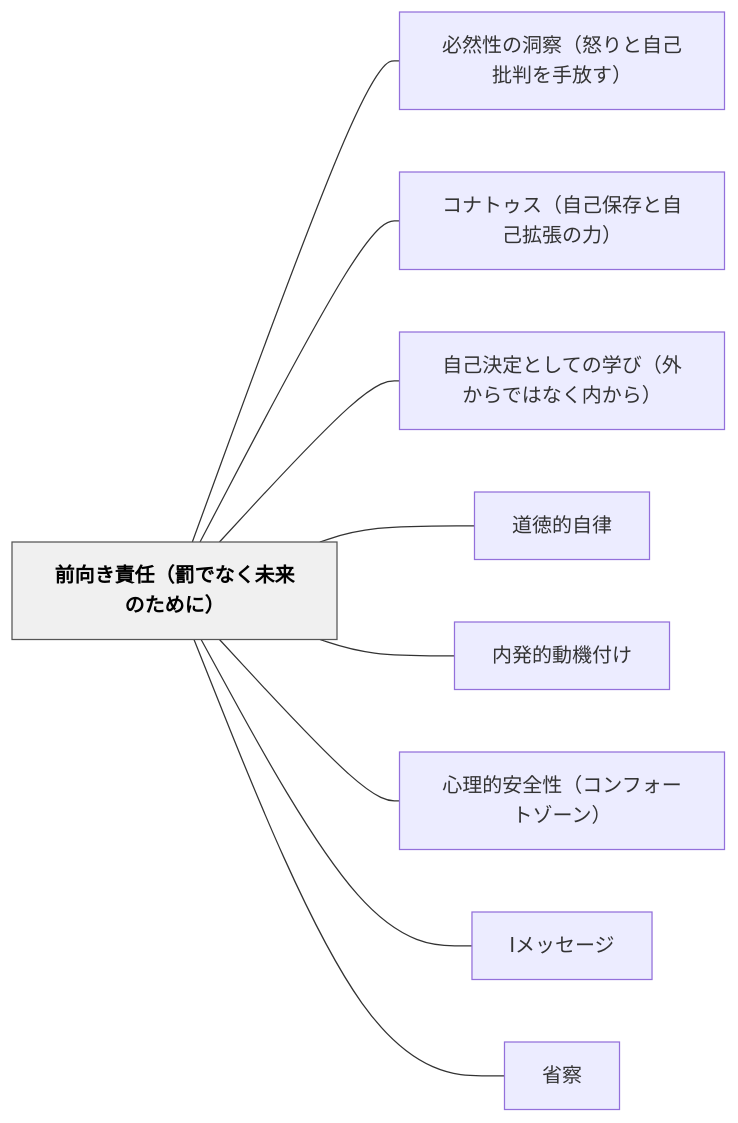
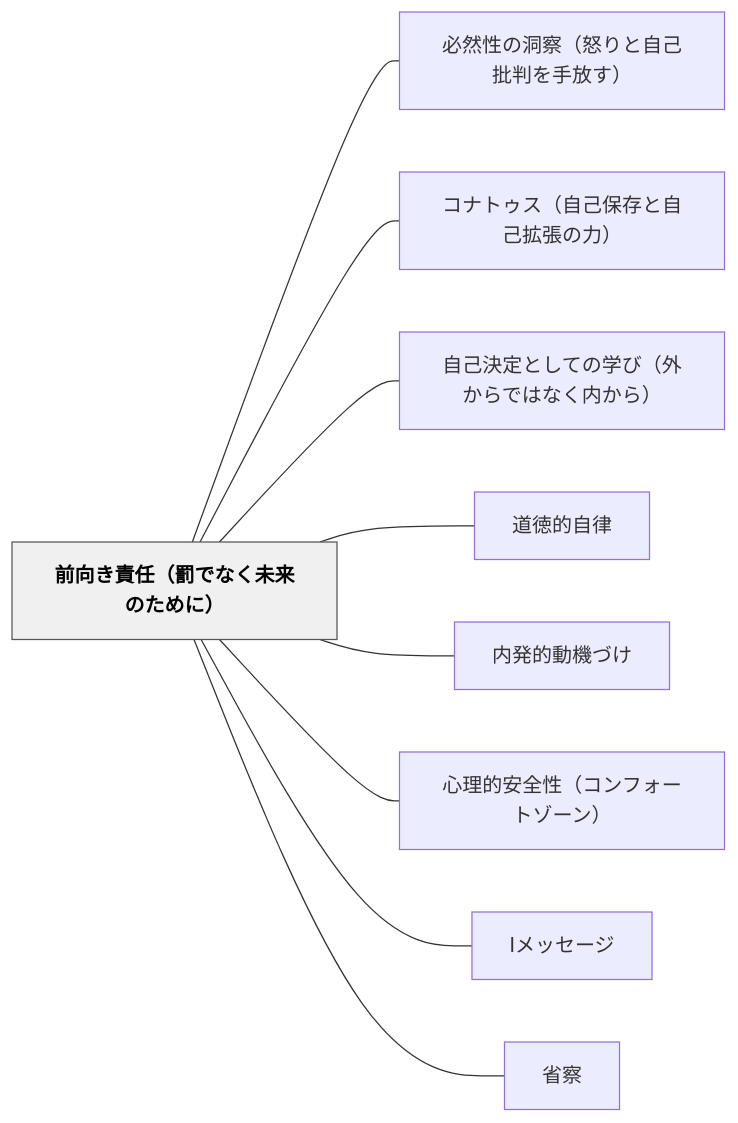
One commit to unknownthings-ed-patterns/unknownthings-ed-patterns changed the diagram in content/パタン/前向き責任（罰でなく未来のために）.md. Above: the diagram before and after it, drawn with Mermaid. The commit also changed other lines of this file and 234 other files, not shown here.

````diff
--- a/content/パタン/前向き責任（罰でなく未来のために）.md
+++ b/content/パタン/前向き責任（罰でなく未来のために）.md
@@ -143,24 +143,24 @@
 ```mermaid
 flowchart LR
     ne5898de59091e3818de8b2ace4bbbbefbc88e7bdb0e381a7e381aae3818fe69caae69da5e381aee3819fe38281e381abefbc89["前向き責任（罰でなく未来のために）"]
     ne5bf85e784b6e680a7e381aee6b49ee5af9fefbc88e68092e3828ae381a8e887aae5b7b1e689b9e588a4e38292e6898be694bee38199efbc89["必然性の洞察（怒りと自己批判を手放す）"]
     ne382b3e3838ae38388e382a5e382b9efbc88e887aae5b7b1e4bf9de5ad98e381a8e887aae5b7b1e68ba1e5bcb5e381aee58a9befbc89["コナトゥス（自己保存と自己拡張の力）"]
     ne887aae5b7b1e6b1bae5ae9ae381a8e38197e381a6e381aee5ada6e381b3efbc88e5a496e3818be38289e381a7e381afe381aae3818fe58685e3818be38289efbc89["自己決定としての学び（外からではなく内から）"]
     ne98193e5beb3e79a84e887aae5be8b["道徳的自律"]
-    ne58685e799bae79a84e58b95e6a99fe4bb98e38191["内発的動機付け"]
+    ne58685e799bae79a84e58b95e6a99fe381a5e38191["内発的動機づけ"]
     ne5bf83e79086e79a84e5ae89e585a8e680a7efbc88e382b3e383b3e38395e382a9e383bce38388e382bee383bce383b3efbc89["心理的安全性（コンフォートゾーン）"]
     n49e383a1e38383e382bbe383bce382b8["Iメッセージ"]
     ne79c81e5af9f["省察"]
 
     ne5898de59091e3818de8b2ace4bbbbefbc88e7bdb0e381a7e381aae3818fe69caae69da5e381aee3819fe38281e381abefbc89 --- ne5bf85e784b6e680a7e381aee6b49ee5af9fefbc88e68092e3828ae381a8e887aae5b7b1e689b9e588a4e38292e6898be694bee38199efbc89
     ne5898de59091e3818de8b2ace4bbbbefbc88e7bdb0e381a7e381aae3818fe69caae69da5e381aee3819fe38281e381abefbc89 --- ne382b3e3838ae38388e382a5e382b9efbc88e887aae5b7b1e4bf9de5ad98e381a8e887aae5b7b1e68ba1e5bcb5e381aee58a9befbc89
     ne5898de59091e3818de8b2ace4bbbbefbc88e7bdb0e381a7e381aae3818fe69caae69da5e381aee3819fe38281e381abefbc89 --- ne887aae5b7b1e6b1bae5ae9ae381a8e38197e381a6e381aee5ada6e381b3efbc88e5a496e3818be38289e381a7e381afe381aae3818fe58685e3818be38289efbc89
     ne5898de59091e3818de8b2ace4bbbbefbc88e7bdb0e381a7e381aae3818fe69caae69da5e381aee3819fe38281e381abefbc89 --- ne98193e5beb3e79a84e887aae5be8b
-    ne5898de59091e3818de8b2ace4bbbbefbc88e7bdb0e381a7e381aae3818fe69caae69da5e381aee3819fe38281e381abefbc89 --- ne58685e799bae79a84e58b95e6a99fe4bb98e38191
+    ne5898de59091e3818de8b2ace4bbbbefbc88e7bdb0e381a7e381aae3818fe69caae69da5e381aee3819fe38281e381abefbc89 --- ne58685e799bae79a84e58b95e6a99fe381a5e38191
     ne5898de59091e3818de8b2ace4bbbbefbc88e7bdb0e381a7e381aae3818fe69caae69da5e381aee3819fe38281e381abefbc89 --- ne5bf83e79086e79a84e5ae89e585a8e680a7efbc88e382b3e383b3e38395e382a9e383bce38388e382bee383bce383b3efbc89
     ne5898de59091e3818de8b2ace4bbbbefbc88e7bdb0e381a7e381aae3818fe69caae69da5e381aee3819fe38281e381abefbc89 --- n49e383a1e38383e382bbe383bce382b8
     ne5898de59091e3818de8b2ace4bbbbefbc88e7bdb0e381a7e381aae3818fe69caae69da5e381aee3819fe38281e381abefbc89 --- ne79c81e5af9f
 
     classDef hub fill:#f0f0f0,stroke:#555,color:#000,font-weight:bold
     class ne5898de59091e3818de8b2ace4bbbbefbc88e7bdb0e381a7e381aae3818fe69caae69da5e381aee3819fe38281e381abefbc89 hub
 ```
````
